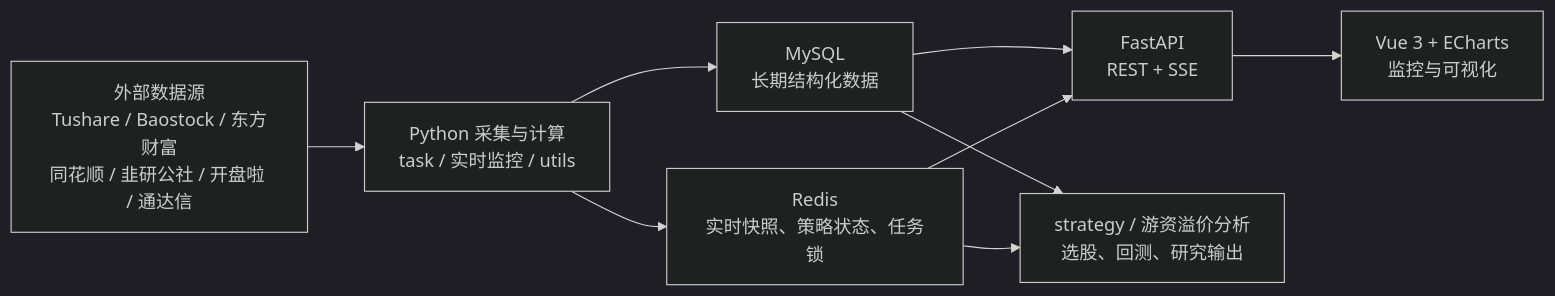
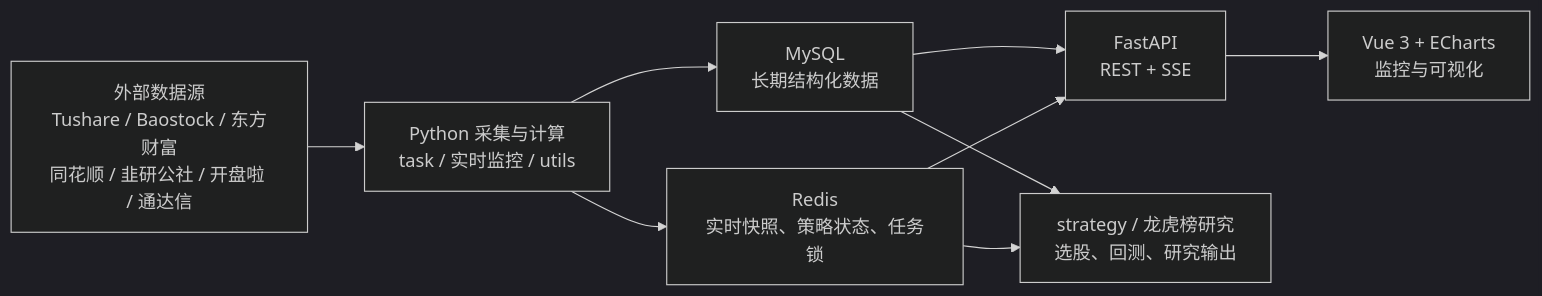
The diagram in README.md (Eas0nLau/stock-trading-lab), drawn with Mermaid (dark theme) before and after one commit. The commit also changed other lines of this file and 35 other files, not shown here.

````diff
--- a/README.md
+++ b/README.md
@@ -197,19 +197,19 @@
 ```mermaid
 flowchart LR
     Sources["外部数据源<br/>Tushare / Baostock / 东方财富<br/>同花顺 / 韭研公社 / 开盘啦 / 通达信"]
     Collect["Python 采集与计算<br/>task / 实时监控 / utils"]
     MySQL["MySQL<br/>长期结构化数据"]
     Redis["Redis<br/>实时快照、策略状态、任务锁"]
     API["FastAPI<br/>REST + SSE"]
     Web["Vue 3 + ECharts<br/>监控与可视化"]
-    Research["strategy / 游资溢价分析<br/>选股、回测、研究输出"]
+    Research["strategy / 龙虎榜研究<br/>选股、回测、研究输出"]
 
     Sources --> Collect
     Collect --> MySQL
     Collect --> Redis
     MySQL --> API
     Redis --> API
     API --> Web
     MySQL --> Research
     Redis --> Research
 ```
````
